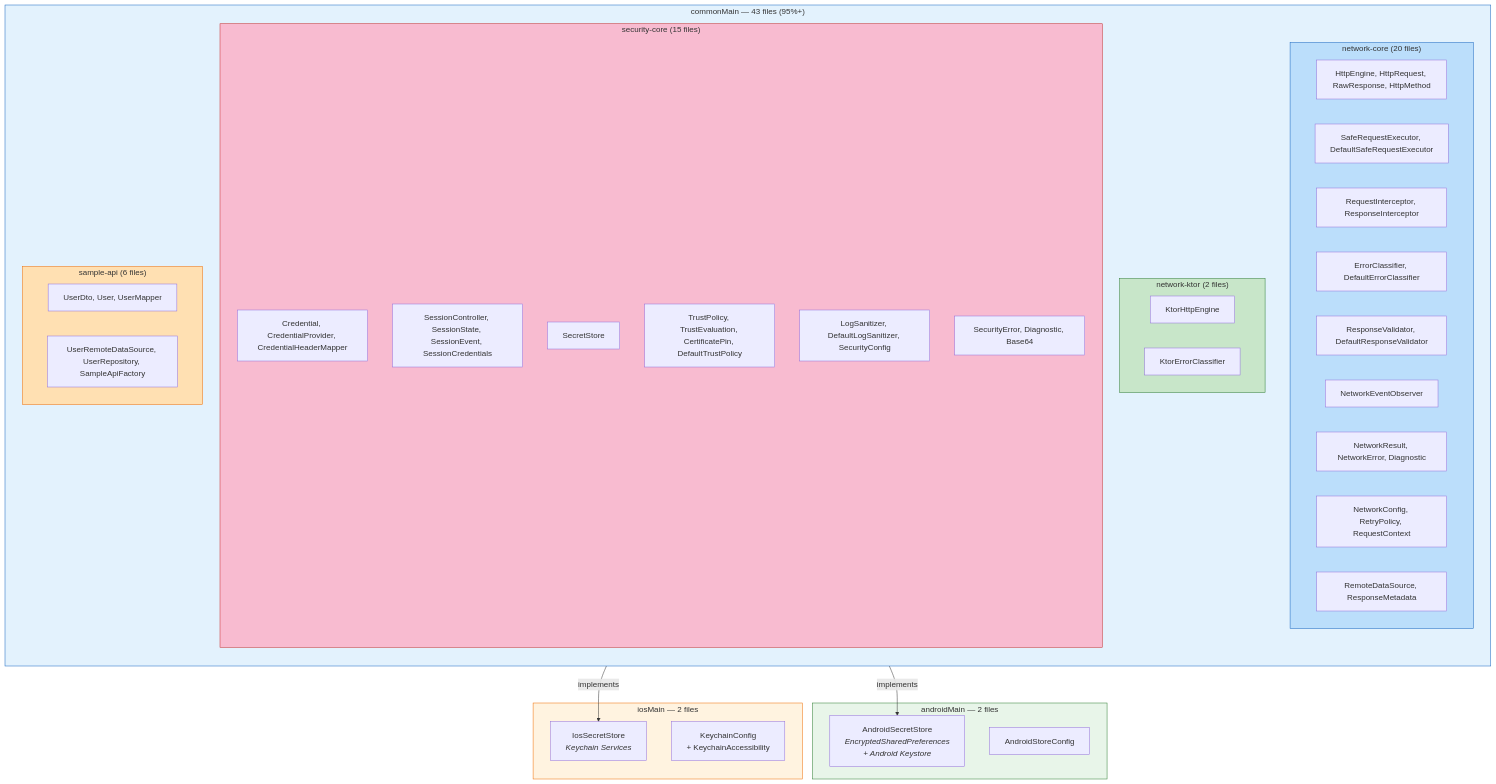
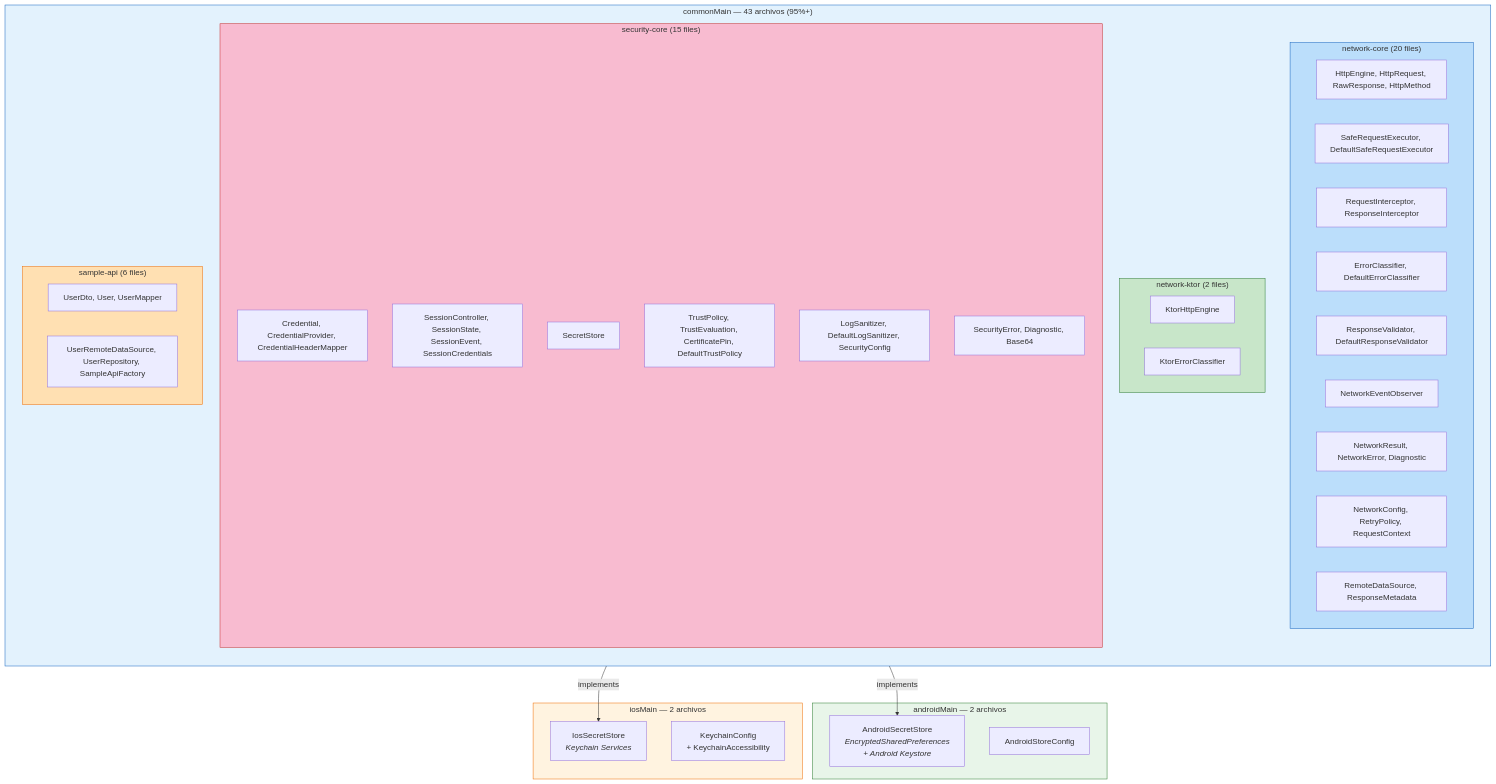
Before and after one commit to DanCrRdz93/core-data-platform: the first of 2 diagrams in docs/diagrams/04-kmp-strategy.md, drawn with Mermaid. The commit also changed other lines of this file and 20 other files, not shown here.

````diff
--- a/docs/diagrams/04-kmp-strategy.md
+++ b/docs/diagrams/04-kmp-strategy.md
@@ -12,57 +12,57 @@
 ```mermaid
 graph TB
-    subgraph commonMain["commonMain — 43 files (95%+)"]
+    subgraph commonMain["commonMain — 43 archivos (95%+)"]
         direction TB
         subgraph nc_common["network-core (20 files)"]
             NC1["HttpEngine, HttpRequest, RawResponse, HttpMethod"]
             NC2["SafeRequestExecutor, DefaultSafeRequestExecutor"]
             NC3["RequestInterceptor, ResponseInterceptor"]
             NC4["ErrorClassifier, DefaultErrorClassifier"]
             NC5["ResponseValidator, DefaultResponseValidator"]
             NC6["NetworkEventObserver"]
             NC7["NetworkResult, NetworkError, Diagnostic"]
             NC8["NetworkConfig, RetryPolicy, RequestContext"]
             NC9["RemoteDataSource, ResponseMetadata"]
         end
 
         subgraph nk_common["network-ktor (2 files)"]
             NK1["KtorHttpEngine"]
             NK2["KtorErrorClassifier"]
         end
 
         subgraph sc_common["security-core (15 files)"]
             SC1["Credential, CredentialProvider, CredentialHeaderMapper"]
             SC2["SessionController, SessionState, SessionEvent, SessionCredentials"]
             SC3["SecretStore"]
             SC4["TrustPolicy, TrustEvaluation, CertificatePin, DefaultTrustPolicy"]
             SC5["LogSanitizer, DefaultLogSanitizer, SecurityConfig"]
             SC6["SecurityError, Diagnostic, Base64"]
         end
 
         subgraph sa_common["sample-api (6 files)"]
             SA1["UserDto, User, UserMapper"]
             SA2["UserRemoteDataSource, UserRepository, SampleApiFactory"]
         end
     end
 
-    subgraph androidMain["androidMain — 2 files"]
+    subgraph androidMain["androidMain — 2 archivos"]
         AND1["AndroidSecretStore<br/><i>EncryptedSharedPreferences<br/>+ Android Keystore</i>"]
         AND2["AndroidStoreConfig"]
     end
 
-    subgraph iosMain["iosMain — 2 files"]
+    subgraph iosMain["iosMain — 2 archivos"]
         IOS1["IosSecretStore<br/><i>Keychain Services</i>"]
         IOS2["KeychainConfig<br/>+ KeychainAccessibility"]
     end
 
     SC3 -->|"implements"| AND1
     SC3 -->|"implements"| IOS1
 
     style commonMain fill:#e3f2fd,stroke:#1565c0
     style androidMain fill:#e8f5e9,stroke:#2e7d32
     style iosMain fill:#fff3e0,stroke:#ef6c00
     style nc_common fill:#bbdefb,stroke:#1565c0
     style nk_common fill:#c8e6c9,stroke:#2e7d32
     style sc_common fill:#f8bbd0,stroke:#c62828
     style sa_common fill:#ffe0b2,stroke:#ef6c00
 ```
````
